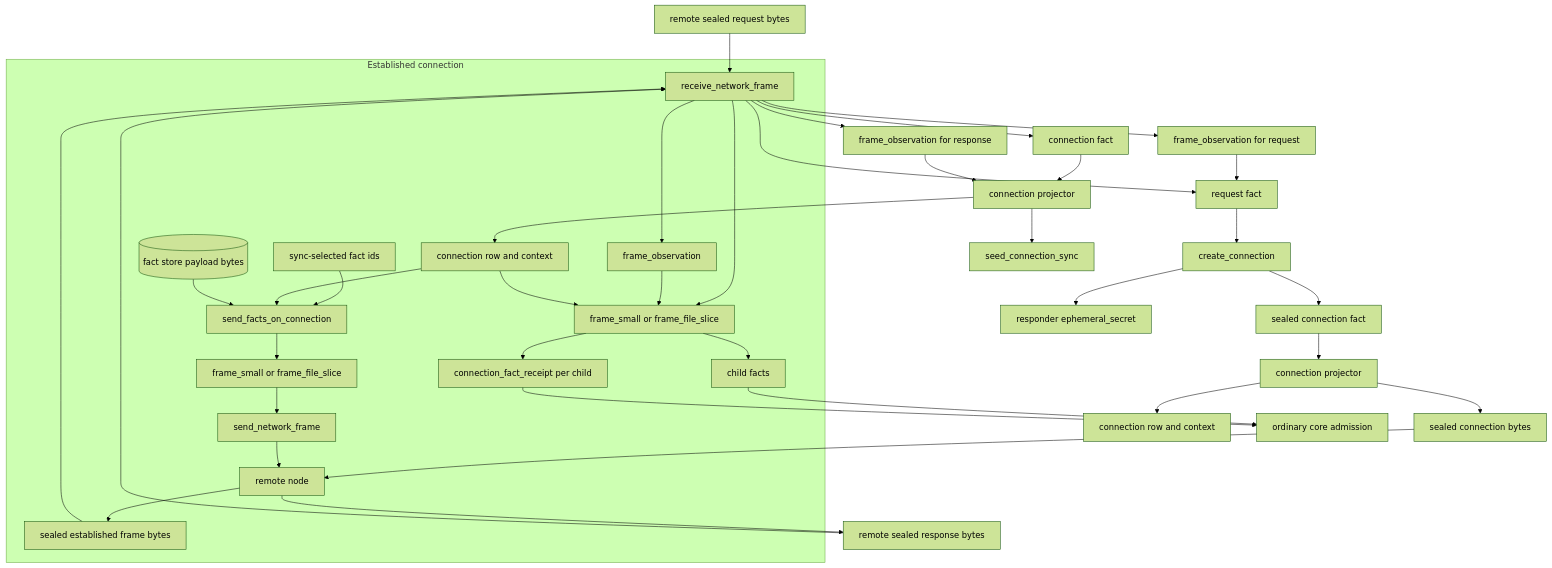
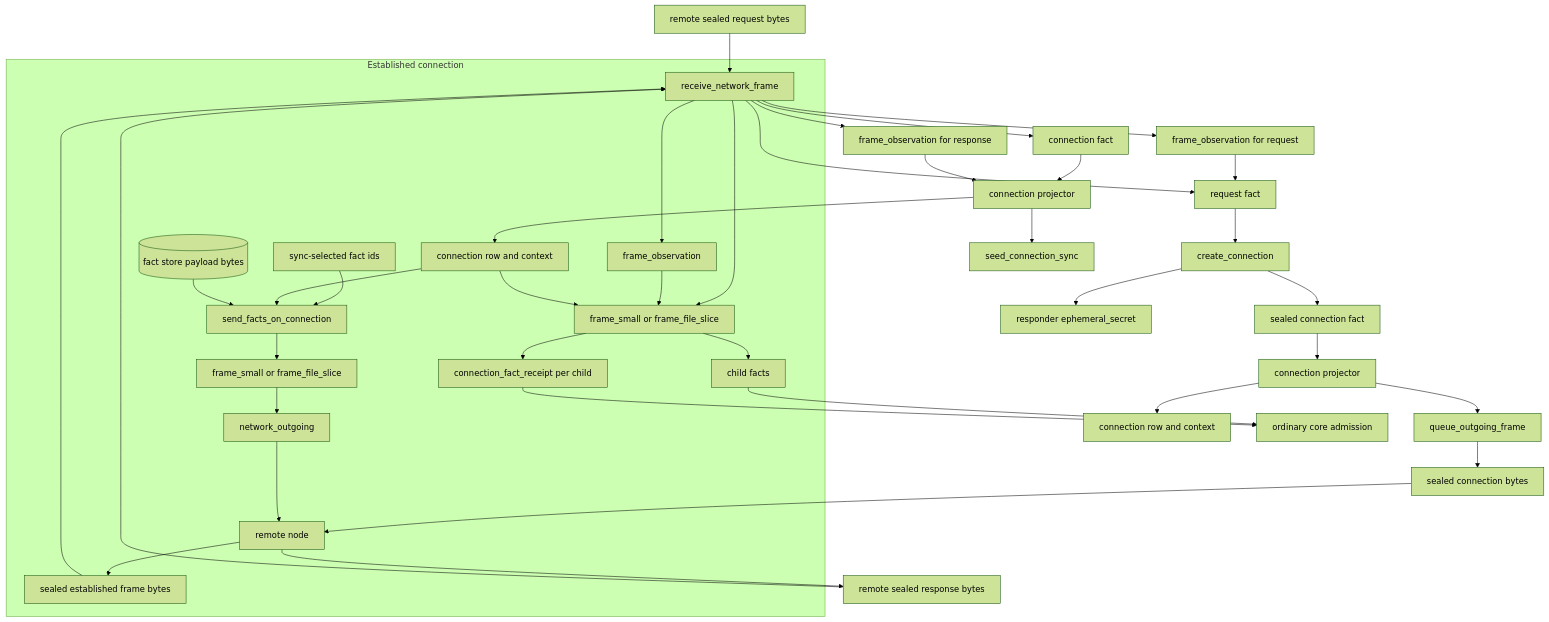
One commit to holmesworcester/poc-10 changed the fourth of 6 diagrams in ARCHITECTURE_DIAGRAMS.md. Above: the diagram before and after it, drawn with Mermaid (forest theme). The commit also changed other lines of this file and 26 other files, not shown here.

Commit message:
Simplify outgoing network queue

````diff
--- a/ARCHITECTURE_DIAGRAMS.md
+++ b/ARCHITECTURE_DIAGRAMS.md
@@ -155,44 +155,45 @@
 ```mermaid
 %%{init: {"flowchart": {"wrappingWidth": 340}} }%%
 flowchart TD
     REMOTE_REQ["remote sealed request bytes"] --> RECEIVE["receive_network_frame"]
     RECEIVE --> REQ["request fact"]
     RECEIVE --> OBS1["frame_observation for request"]
     REQ --> CREATE_RESP["create_connection"]
     OBS1 --> REQ
     CREATE_RESP --> RESP_SECRET["responder ephemeral_secret"]
     CREATE_RESP --> RESP_OUT["sealed connection fact"]
     RESP_OUT --> RESP_PROJECT_A["connection projector"]
     RESP_PROJECT_A --> CONNECTION_A["connection row and context"]
-    RESP_PROJECT_A --> RESP_BYTES["sealed connection bytes"]
+    RESP_PROJECT_A --> QUEUE_RESP["queue_outgoing_frame"]
+    QUEUE_RESP --> RESP_BYTES["sealed connection bytes"]
     RESP_BYTES --> PEER["remote node"]
 
     PEER --> REMOTE_RESP["remote sealed response bytes"]
     REMOTE_RESP --> RECEIVE
     RECEIVE --> RESP_LOCAL["connection fact"]
     RECEIVE --> OBS2["frame_observation for response"]
     RESP_LOCAL --> RESP_PROJECT_B["connection projector"]
     OBS2 --> RESP_PROJECT_B
     RESP_PROJECT_B --> CONNECTION_B["connection row and context"]
     RESP_PROJECT_B --> SEED["seed_connection_sync"]
 
     subgraph ESTABLISHED["Established connection"]
       SYNC_IDS["sync-selected fact ids"] --> SEND_IDS["send_facts_on_connection"]
       CONNECTION_B --> SEND_IDS
       FACT_STORE[("fact store payload bytes")] --> SEND_IDS
       SEND_IDS --> FRAME_OUT["frame_small or frame_file_slice"]
-      FRAME_OUT --> NETWORK["send_network_frame"]
+      FRAME_OUT --> NETWORK["network_outgoing"]
       NETWORK --> PEER
       PEER --> FRAME_IN_BYTES["sealed established frame bytes"]
       FRAME_IN_BYTES --> RECEIVE
       RECEIVE --> OBS["frame_observation"]
       RECEIVE --> FRAME_IN["frame_small or frame_file_slice"]
       OBS --> FRAME_IN
       CONNECTION_B --> FRAME_IN
       FRAME_IN --> CHILD["child facts"]
       FRAME_IN --> REC_CHILD["connection_fact_receipt per child"]
     end
 
     CHILD --> CORE["ordinary core admission"]
     REC_CHILD --> CORE
 ```
````
